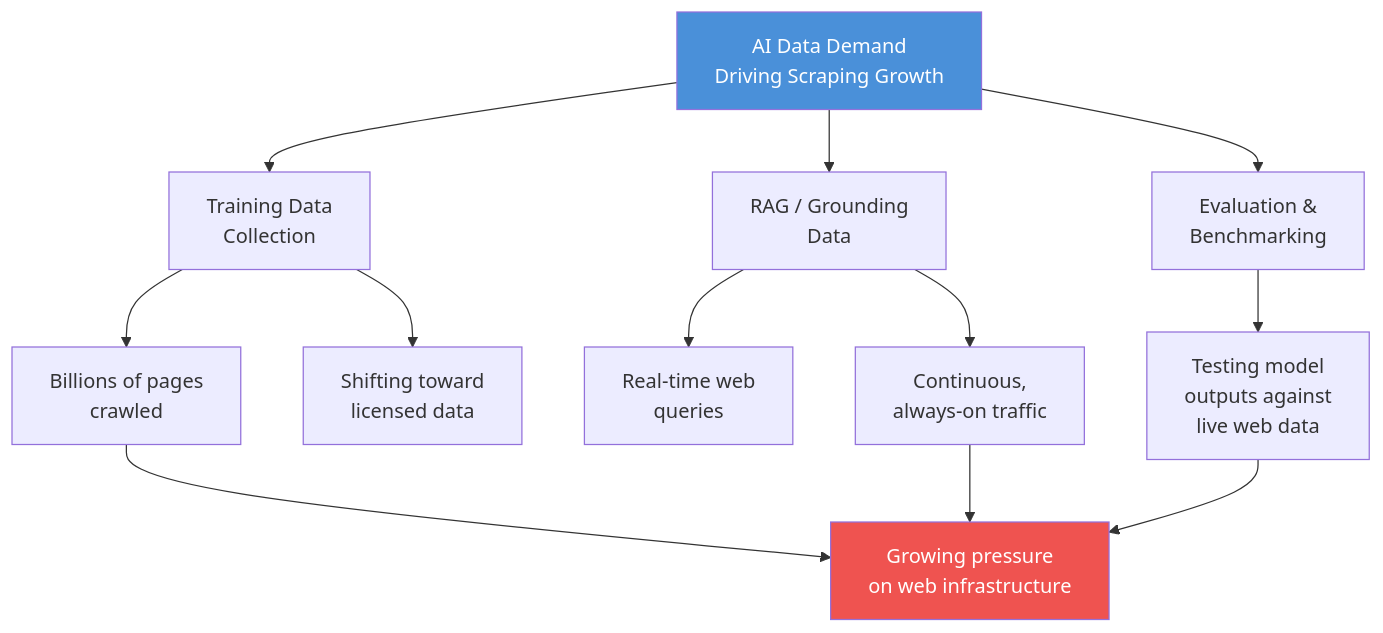
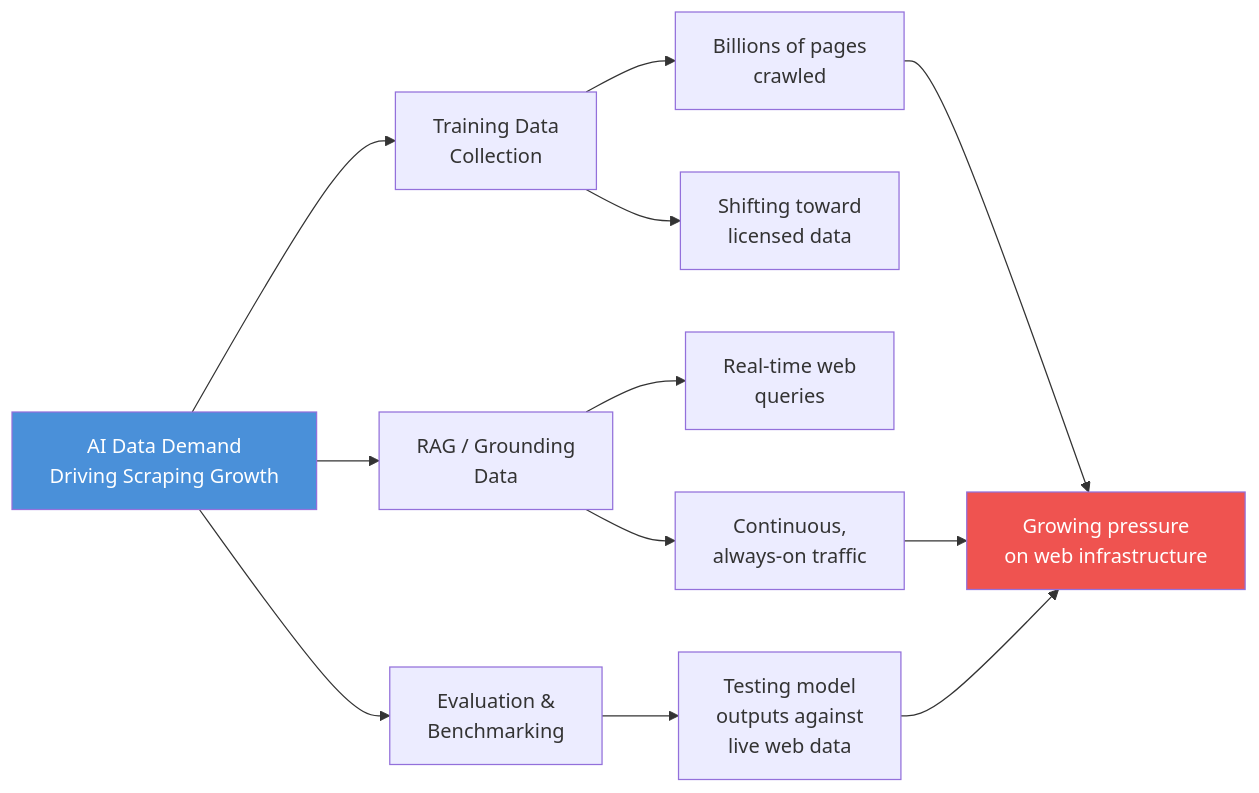
The fifth of 7 diagrams in _posts/2026-02-10-web-scraping-industry-2026-market-size-trends.md (bytetunnels/bytetunnels.github.com), drawn with Mermaid before and after one commit. The commit also changed other lines of this file and 118 other files, not shown here.

Commit message:
feat: improve diagram styling and compact wide flowcharts

````diff
--- a/_posts/2026-02-10-web-scraping-industry-2026-market-size-trends.md
+++ b/_posts/2026-02-10-web-scraping-industry-2026-market-size-trends.md
@@ -298,21 +298,21 @@
 ```mermaid
-flowchart TD
-    A["AI Data Demand<br>Driving Scraping Growth"] --> B["Training Data<br>Collection"]
-    A --> C["RAG / Grounding<br>Data"]
+flowchart LR
+    A["AI Data Demand<br/>Driving Scraping Growth"] --> B["Training Data<br/>Collection"]
+    A --> C["RAG / Grounding<br/>Data"]
     A --> D["Evaluation &<br>Benchmarking"]
 
-    B --> B1["Billions of pages<br>crawled"]
-    B --> B2["Shifting toward<br>licensed data"]
+    B --> B1["Billions of pages<br/>crawled"]
+    B --> B2["Shifting toward<br/>licensed data"]
 
-    C --> C1["Real-time web<br>queries"]
-    C --> C2["Continuous,<br>always-on traffic"]
+    C --> C1["Real-time web<br/>queries"]
+    C --> C2["Continuous,<br/>always-on traffic"]
 
-    D --> D1["Testing model<br>outputs against<br>live web data"]
+    D --> D1["Testing model<br/>outputs against<br/>live web data"]
 
-    B1 --> E["Growing pressure<br>on web infrastructure"]
+    B1 --> E["Growing pressure<br/>on web infrastructure"]
     C2 --> E
     D1 --> E
 
     style A fill:#4a90d9,color:#fff
     style E fill:#ef5350,color:#fff
 ```
````
